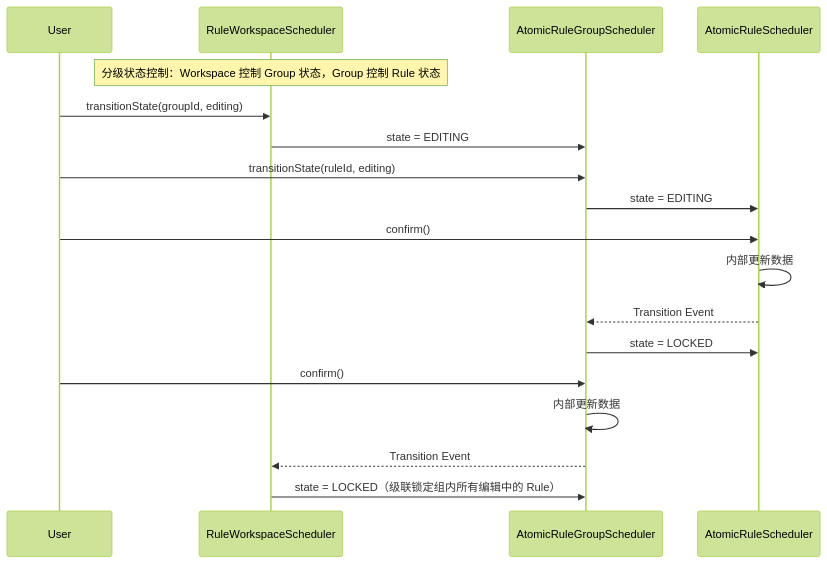
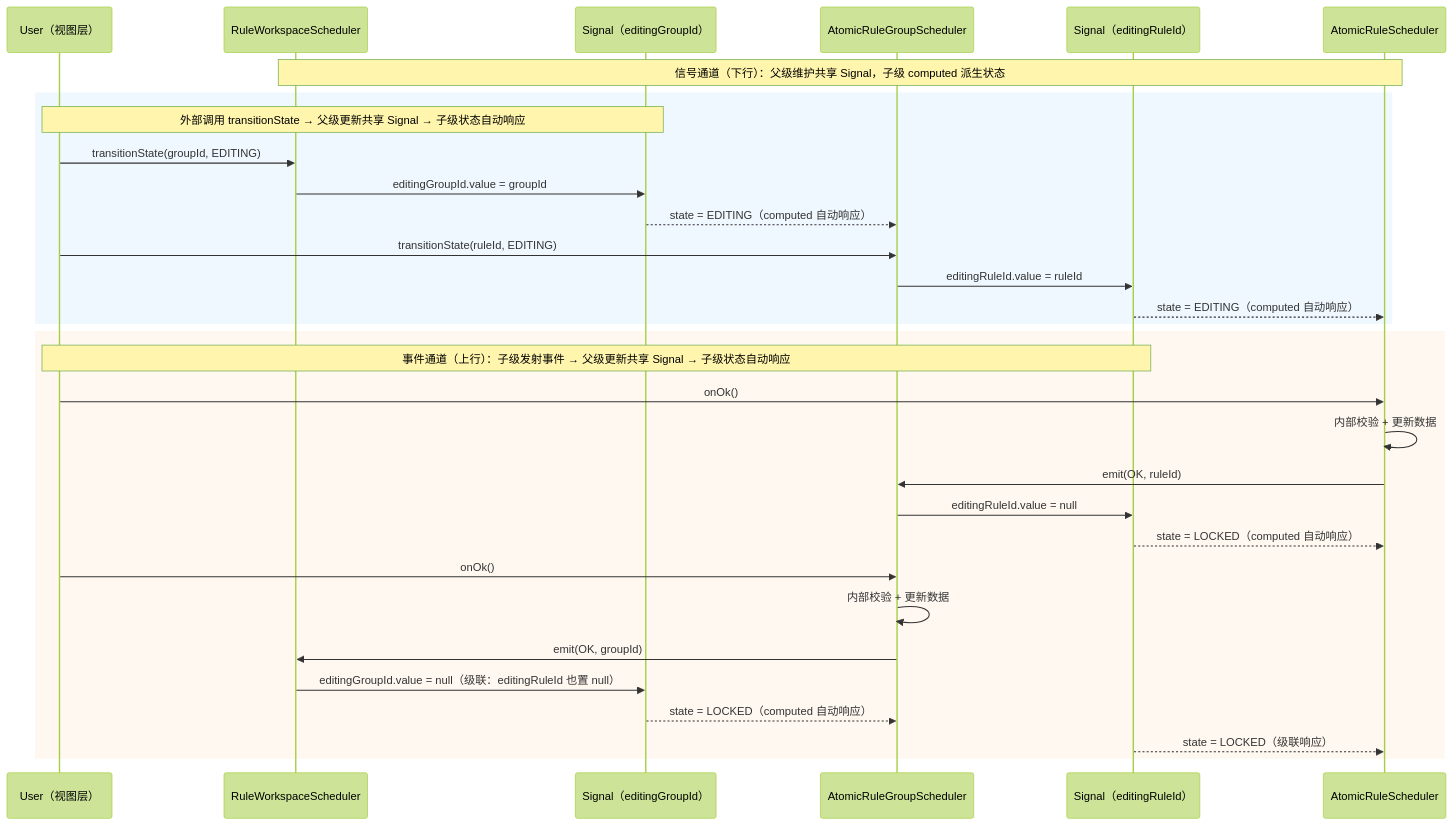
Before and after one commit to huang-xiao-jian/themis: the fourth of 4 diagrams in specs/core/application.md, drawn with Mermaid (forest theme). The commit also changed other lines of this file and 2 other files, not shown here.

First line of the commit message:
docs(core): redesign inter-layer communication protocol with event/signal channels

````diff
--- a/specs/core/application.md
+++ b/specs/core/application.md
@@ -152,25 +289,38 @@
 ```mermaid
 sequenceDiagram
-  participant U as User
+  participant U as User（视图层）
   participant WS as RuleWorkspaceScheduler
+  participant SG as Signal（editingGroupId）
   participant G as AtomicRuleGroupScheduler
+  participant SR as Signal（editingRuleId）
   participant R as AtomicRuleScheduler
 
-  Note over WS: 分级状态控制：Workspace 控制 Group 状态，Group 控制 Rule 状态
+  Note over WS, R: 信号通道（下行）：父级维护共享 Signal，子级 computed 派生状态
 
-  U->>WS: transitionState(groupId, editing)
-  WS->>G: state = EDITING
+  rect rgb(240, 248, 255)
+    Note over U, SG: 外部调用 transitionState → 父级更新共享 Signal → 子级状态自动响应
+    U->>WS: transitionState(groupId, EDITING)
+    WS->>SG: editingGroupId.value = groupId
+    SG-->>G: state = EDITING（computed 自动响应）
 
-  U->>G: transitionState(ruleId, editing)
-  G->>R: state = EDITING
+    U->>G: transitionState(ruleId, EDITING)
+    G->>SR: editingRuleId.value = ruleId
+    SR-->>R: state = EDITING（computed 自动响应）
+  end
 
-  U->>R: confirm()
-  R->>R: 内部更新数据
-  R-->>G: Transition Event
-  G->>R: state = LOCKED
+  rect rgb(255, 248, 240)
+    Note over U, SR: 事件通道（上行）：子级发射事件 → 父级更新共享 Signal → 子级状态自动响应
+    U->>R: onOk()
+    R->>R: 内部校验 + 更新数据
+    R->>G: emit(OK, ruleId)
+    G->>SR: editingRuleId.value = null
+    SR-->>R: state = LOCKED（computed 自动响应）
 
-  U->>G: confirm()
-  G->>G: 内部更新数据
-  G-->>WS: Transition Event
-  WS->>G: state = LOCKED（级联锁定组内所有编辑中的 Rule）
+    U->>G: onOk()
+    G->>G: 内部校验 + 更新数据
+    G->>WS: emit(OK, groupId)
+    WS->>SG: editingGroupId.value = null（级联：editingRuleId 也置 null）
+    SG-->>G: state = LOCKED（computed 自动响应）
+    SR-->>R: state = LOCKED（级联响应）
+  end
 ```
````
